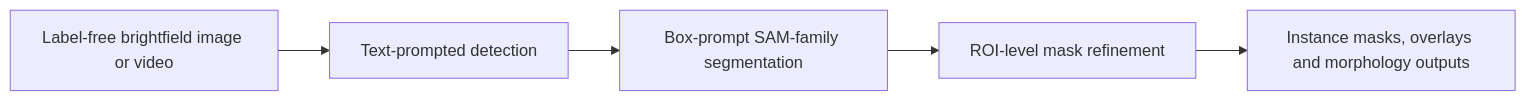
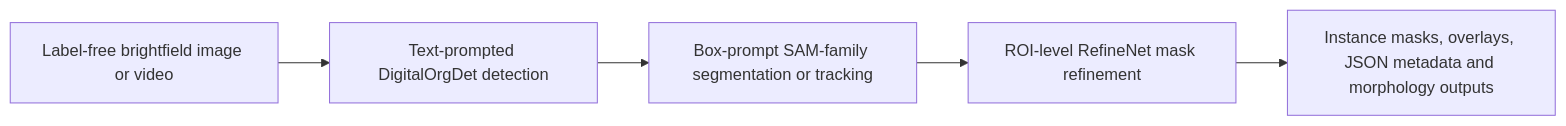
The diagram in README.md (ucas-dx/DigitalOrg), drawn with Mermaid before and after one commit. The commit also changed other lines of this file and 411 other files, not shown here.

Commit message:
Release complete DigitalOrg source package

````diff
--- a/README.md
+++ b/README.md
@@ -9,7 +9,7 @@
 ```mermaid
 flowchart LR
-    A[Label-free brightfield image or video] --> B[Text-prompted detection]
-    B --> C[Box-prompt SAM-family segmentation]
-    C --> D[ROI-level mask refinement]
-    D --> E[Instance masks, overlays and morphology outputs]
+    A[Label-free brightfield image or video] --> B[Text-prompted DigitalOrgDet detection]
+    B --> C[Box-prompt SAM-family segmentation or tracking]
+    C --> D[ROI-level RefineNet mask refinement]
+    D --> E[Instance masks, overlays, JSON metadata and morphology outputs]
 ```
````
